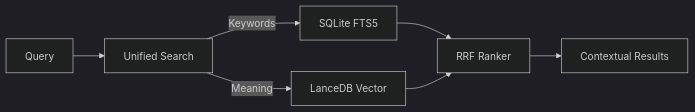
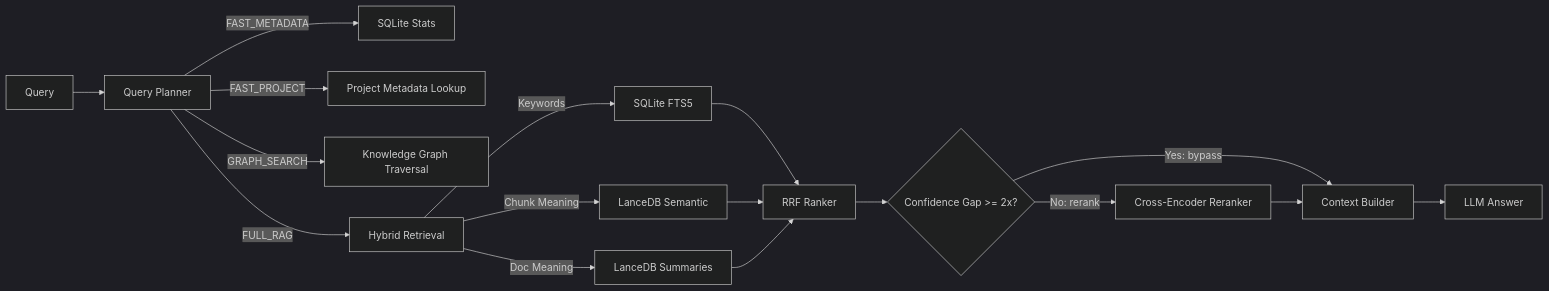
The second of 2 diagrams in README.md (Binitpyro/Personal_Memory_Assistant), drawn with Mermaid (dark theme) before and after one commit. The commit also changed other lines of this file, not shown here.

First line of the commit message:
Update README with version and architecture details

````diff
--- a/README.md
+++ b/README.md
@@ -177,9 +179,21 @@
 ```mermaid
 graph LR
-    A[Query] --> B[Unified Search]
+    A[Query] --> P[Query Planner]
+
+    P -->|FAST_METADATA| M[SQLite Stats]
+    P -->|FAST_PROJECT| J[Project Metadata Lookup]
+    P -->|GRAPH_SEARCH| K[Knowledge Graph Traversal]
+
+    P -->|FULL_RAG| B[Hybrid Retrieval]
     B -->|Keywords| C[SQLite FTS5]
-    B -->|Meaning| D[LanceDB Vector]
+    B -->|Chunk Meaning| D[LanceDB Semantic]
+    B -->|Doc Meaning| N[LanceDB Summaries]
     C --> E[RRF Ranker]
     D --> E
-    E --> F[Contextual Results]
+    N --> E
+    E --> R{Confidence Gap >= 2x?}
+    R -->|Yes: bypass| F[Context Builder]
+    R -->|No: rerank| Q[Cross-Encoder Reranker]
+    Q --> F
+    F --> L[LLM Answer]
 ```
````
